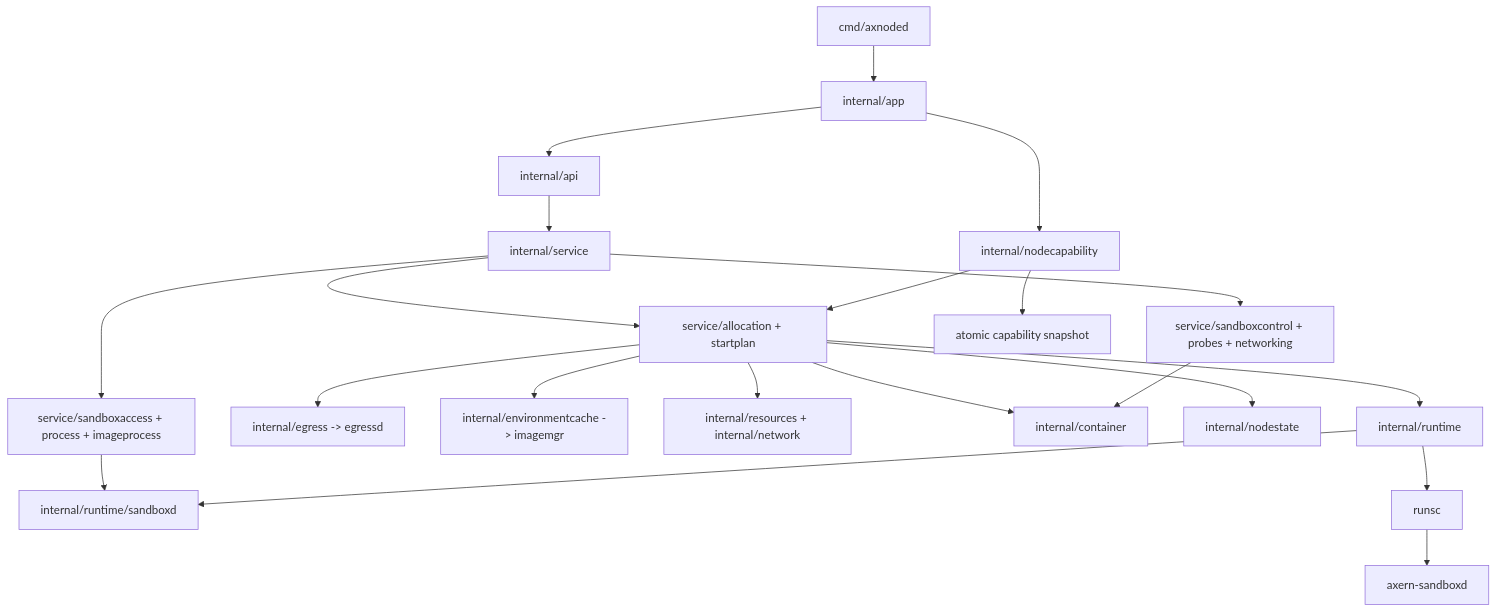
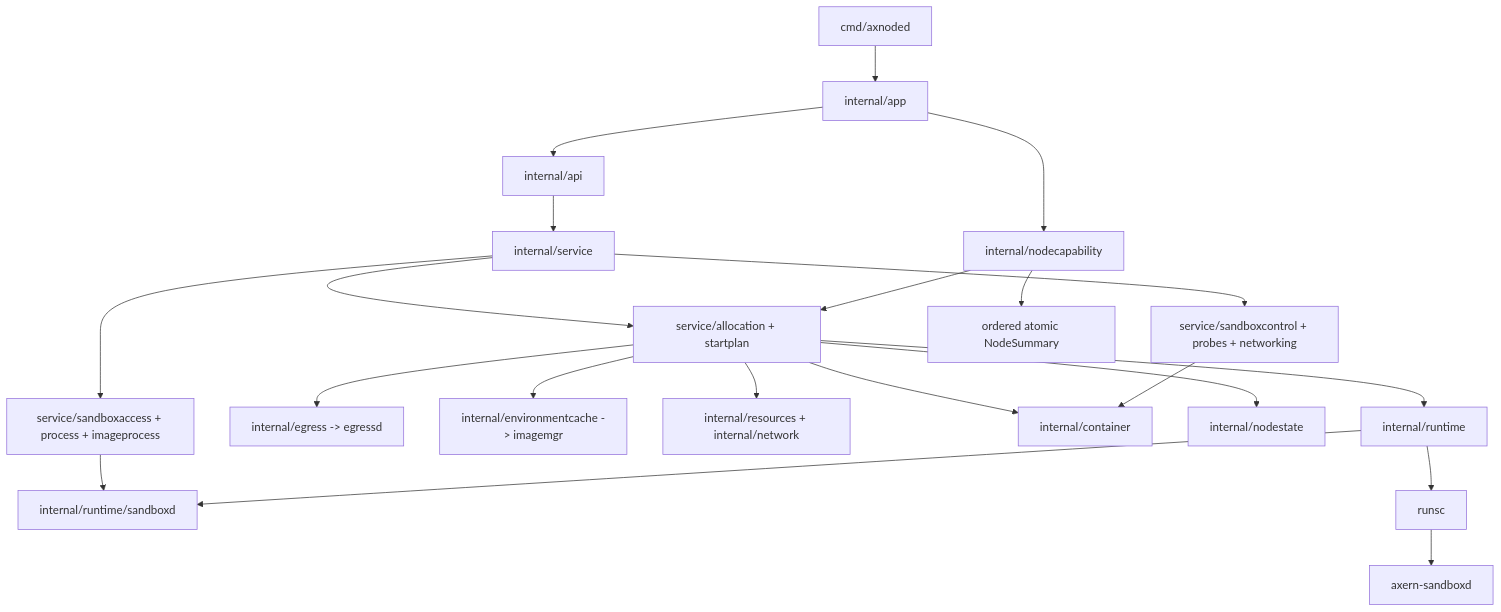
Before and after one commit to cofy-x/axern: the first of 3 diagrams in runtime/axnoded/docs/architecture.md, drawn with Mermaid. The commit also changed other lines of this file and 109 other files, not shown here.

````diff
--- a/runtime/axnoded/docs/architecture.md
+++ b/runtime/axnoded/docs/architecture.md
@@ -7,26 +7,26 @@
 ```mermaid
 flowchart TB
     Entry["cmd/axnoded"] --> App["internal/app"]
     App --> API["internal/api"]
     App --> Capability["internal/nodecapability"]
     API --> Service["internal/service"]
 
     Service --> Allocation["service/allocation + startplan"]
     Service --> Access["service/sandboxaccess + process + imageprocess"]
     Service --> Control["service/sandboxcontrol + probes + networking"]
 
     Allocation --> Egress["internal/egress -> egressd"]
     Allocation --> EnvironmentCache["internal/environmentcache -> imagemgr"]
     Allocation --> Resources["internal/resources + internal/network"]
     Allocation --> Container["internal/container"]
     Allocation --> NodeState["internal/nodestate"]
     Allocation --> Runtime["internal/runtime"]
-    Capability --> Inventory["atomic capability snapshot"]
+    Capability --> Inventory["ordered atomic NodeSummary"]
     Capability --> Allocation
 
     Access --> RuntimeClient["internal/runtime/sandboxd"]
     Control --> Container
     Runtime --> OCI["runsc"]
     Runtime --> RuntimeClient
     OCI --> Sandboxd["axern-sandboxd"]
 ```
````
